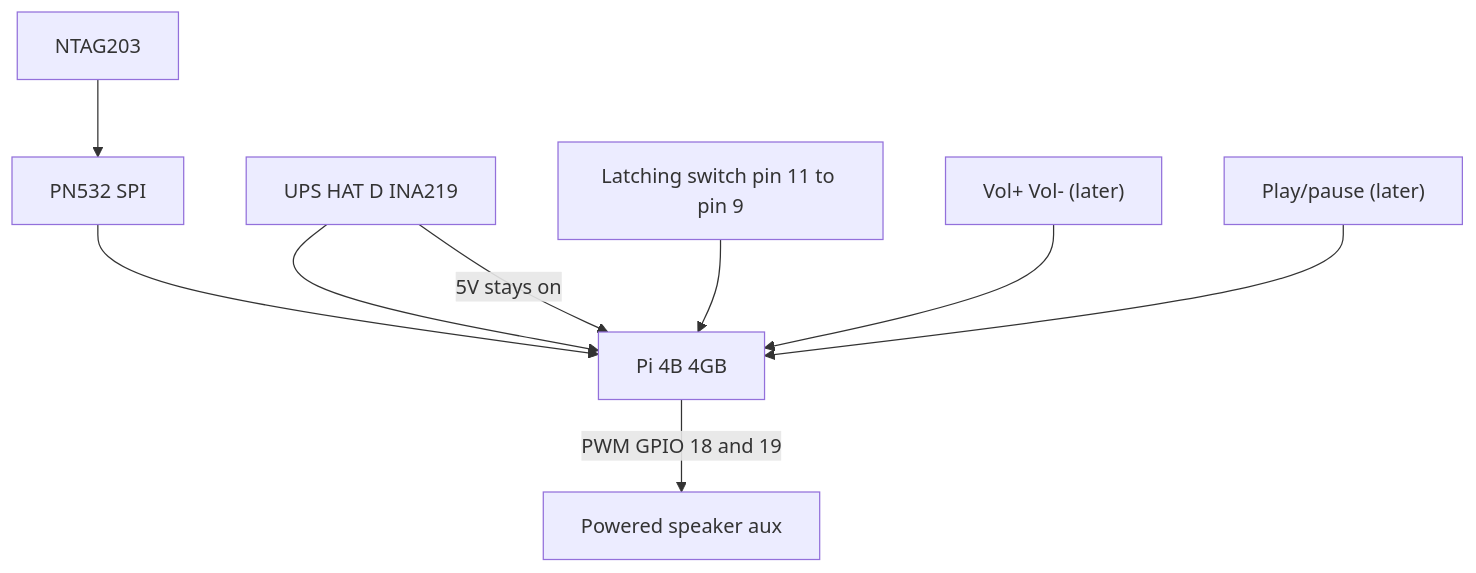
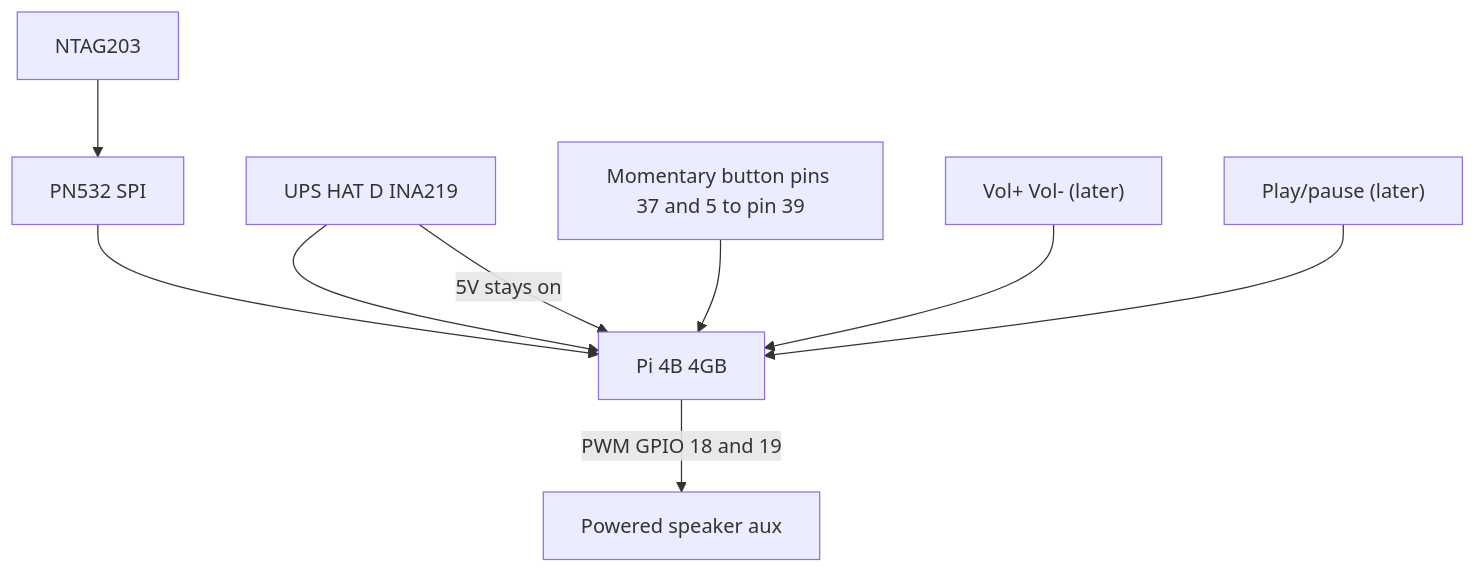
One commit to mzworthington/RoMini changed the diagram in docs/hardware.md. Above: the diagram before and after it, drawn with Mermaid. The commit also changed other lines of this file and 18 other files, not shown here.

First line of the commit message:
feat: halt the Pi from a momentary button on GPIO 26

````diff
--- a/docs/hardware.md
+++ b/docs/hardware.md
@@ -29,11 +29,11 @@
 ```mermaid
 flowchart TB
   ntag["NTAG203"] --> hat["PN532 SPI"]
   hat --> pi["Pi 4B 4GB"]
   ups["UPS HAT D INA219"] --> pi
-  pwr["Latching switch pin 11 to pin 9"] --> pi
+  pwr["Momentary button pins 37 and 5 to pin 39"] --> pi
   ups -->|"5V stays on"| pi
   vol["Vol+ Vol- (later)"] --> pi
   play["Play/pause (later)"] --> pi
   pi -->|"PWM GPIO 18 and 19"| spk["Powered speaker aux"]
 ```
````
